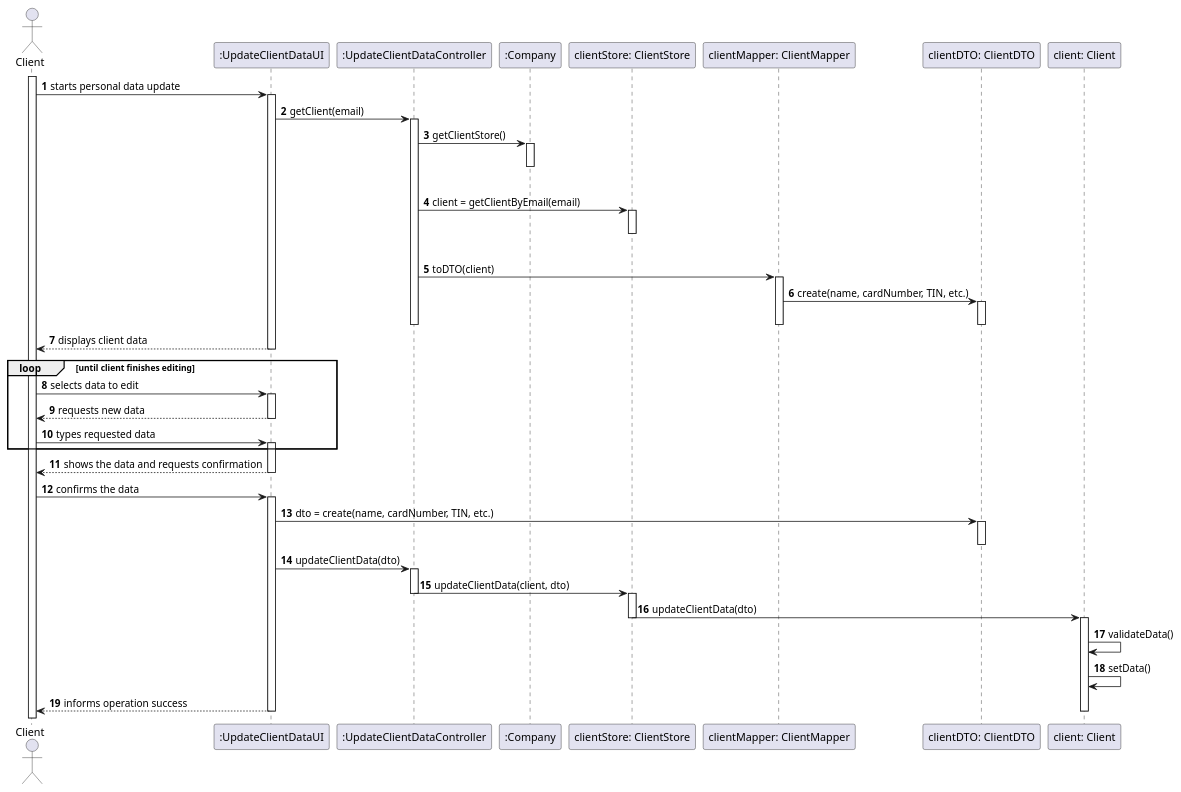
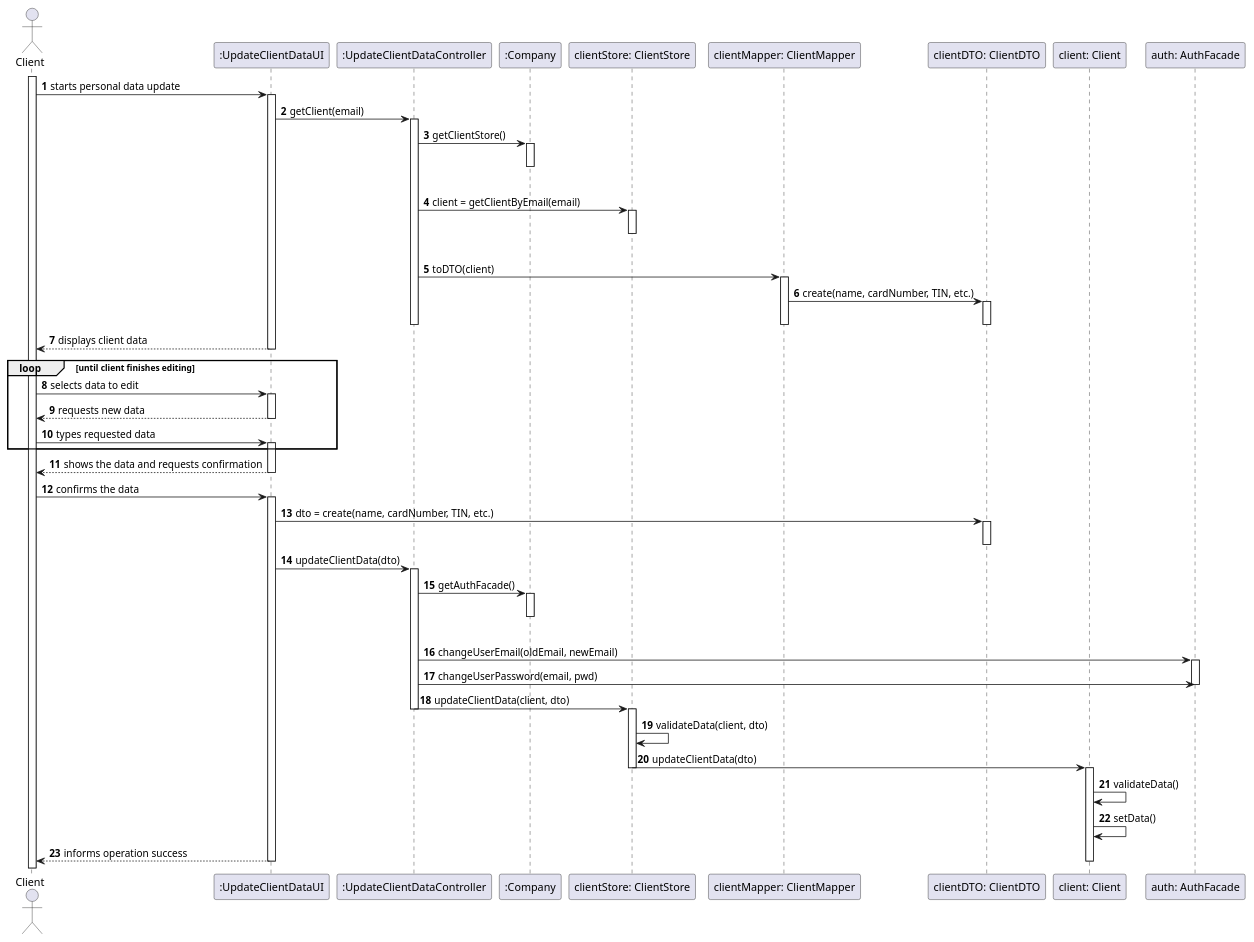
Before and after one commit to MadDinosaur/ISEP-LAPR2: the diagram in docs/SprintD/US2/US2_SD.puml, drawn with PlantUML. The commit also changed 11 other files, not shown here.

Commit message:
US2 - Added password and user e-mail altering feature.

```diff
--- a/docs/SprintD/US2/US2_SD.puml
+++ b/docs/SprintD/US2/US2_SD.puml
@@ -1,65 +1,75 @@
 @startuml
 autonumber
 
 actor Client as cli
 participant ":UpdateClientDataUI" as ui
 participant ":UpdateClientDataController" as controller
 participant ":Company" as company
 participant "clientStore: ClientStore" as cstore
 participant "clientMapper: ClientMapper" as cmapper
 participant "clientDTO: ClientDTO" as dto
 participant "client: Client" as client
+participant "auth: AuthFacade" as auth
 
 
 activate cli
 cli -> ui : starts personal data update
 activate ui
 ui -> controller : getClient(email)
 activate controller
 controller -> company : getClientStore()
 activate company
 |||
 deactivate company
 controller -> cstore : client = getClientByEmail(email)
 activate cstore
 |||
 deactivate cstore
 controller -> cmapper : toDTO(client)
 activate cmapper
 cmapper -> dto : create(name, cardNumber, TIN, etc.)
 activate dto
 deactivate dto
 deactivate cmapper
 deactivate controller
 ui --> cli : displays client data
 deactivate ui
 loop until client finishes editing
 cli -> ui :  selects data to edit
 activate ui
 ui --> cli : requests new data
 deactivate ui
 cli -> ui :  types requested data
 activate ui
 end loop
 activate ui
 ui --> cli : shows the data and requests confirmation
 deactivate ui
 cli -> ui :  confirms the data
 activate ui
 ui -> dto: dto = create(name, cardNumber, TIN, etc.)
 activate dto
 deactivate dto
 ui -> controller: updateClientData(dto)
 activate controller
+controller -> company: getAuthFacade()
+activate company
+|||
+deactivate company
+controller -> auth: changeUserEmail(oldEmail, newEmail)
+activate auth
+controller -> auth: changeUserPassword(email, pwd)
+deactivate auth
 controller -> cstore: updateClientData(client, dto)
 deactivate controller
 activate cstore
+cstore -> cstore : validateData(client, dto)
 cstore -> client : updateClientData(dto)
 deactivate cstore
 activate client
 client -> client : validateData()
 client -> client : setData()
 ui --> cli : informs operation success
 deactivate client
 deactivate ui
 @enduml
```
